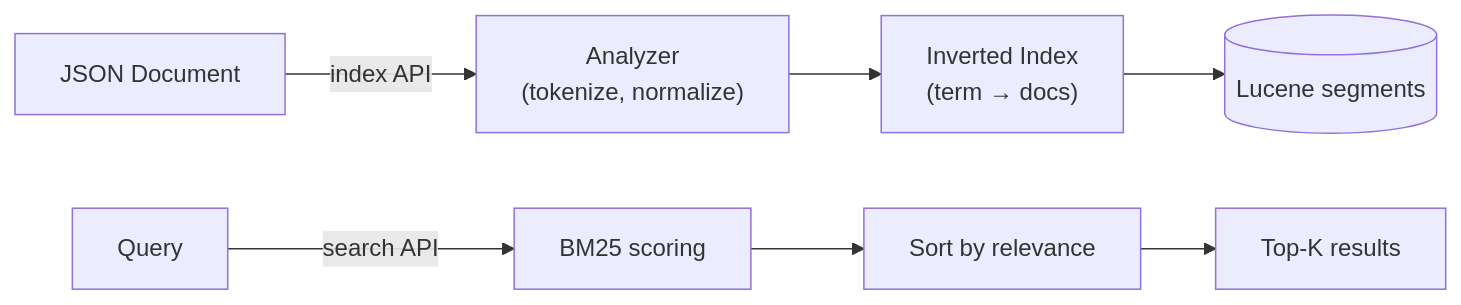
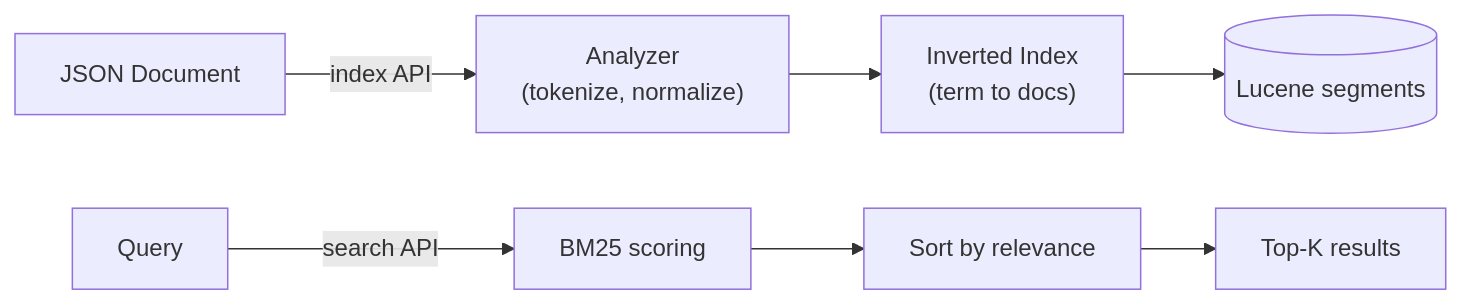
One commit to shinkeonkim/shinkeonkim.github.io changed the second of 5 diagrams in src/content/wiki/search/elasticsearch.mdx. Above: the diagram before and after it, drawn with Mermaid. The commit also changed other lines of this file and 526 other files, not shown here.

First line of the commit message:
content(wiki): 전수조사 및 대규모 보강 (짧은 파일 0, mermaid +645)

````diff
--- a/src/content/wiki/search/elasticsearch.mdx
+++ b/src/content/wiki/search/elasticsearch.mdx
@@ -66,9 +68,9 @@
 ```mermaid
 flowchart LR
     Doc[JSON Document] -->|index API| Analyze["Analyzer<br/>(tokenize, normalize)"]
-    Analyze --> Inv["Inverted Index<br/>(term → docs)"]
+    Analyze --> Inv["Inverted Index<br/>(term to docs)"]
     Inv --> Lucene[(Lucene segments)]
     Query[Query] -->|search API| Score[BM25 scoring]
     Score --> Sort[Sort by relevance]
     Sort --> Result[Top-K results]
 ```
````
